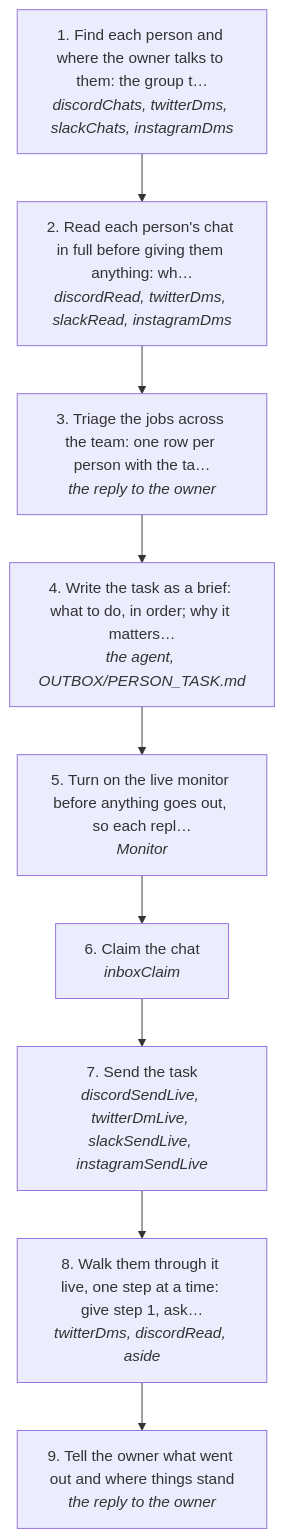
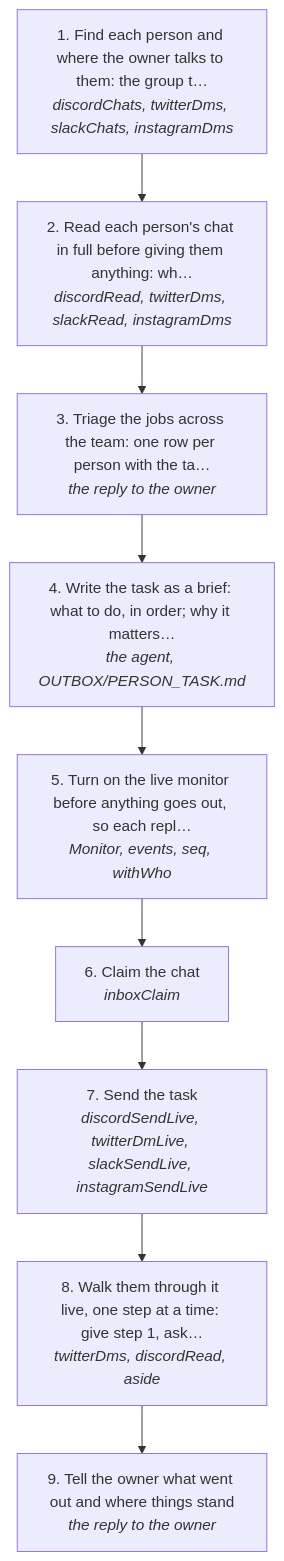
The diagram in docs/useCases/inbox/bossMaxxing.md (matthewdonsemail-lab/log), drawn with Mermaid before and after one commit. The commit also changed other lines of this file and 8 other files, not shown here.

````diff
--- a/docs/useCases/inbox/bossMaxxing.md
+++ b/docs/useCases/inbox/bossMaxxing.md
@@ -14,20 +14,20 @@
 ```mermaid
 flowchart TD
   s0["1. Find each person and where the owner talks to them: the group t…<br/><i>discordChats, twitterDms, slackChats, instagramDms</i>"]
   s1["2. Read each person's chat in full before giving them anything: wh…<br/><i>discordRead, twitterDms, slackRead, instagramDms</i>"]
   s2["3. Triage the jobs across the team: one row per person with the ta…<br/><i>the reply to the owner</i>"]
   s3["4. Write the task as a brief: what to do, in order; why it matters…<br/><i>the agent, OUTBOX/PERSON_TASK.md</i>"]
-  s4["5. Turn on the live monitor before anything goes out, so each repl…<br/><i>Monitor</i>"]
+  s4["5. Turn on the live monitor before anything goes out, so each repl…<br/><i>Monitor, events, seq, withWho</i>"]
   s5["6. Claim the chat<br/><i>inboxClaim</i>"]
   s6["7. Send the task<br/><i>discordSendLive, twitterDmLive, slackSendLive, instagramSendLive</i>"]
   s7["8. Walk them through it live, one step at a time: give step 1, ask…<br/><i>twitterDms, discordRead, aside</i>"]
   s8["9. Tell the owner what went out and where things stand<br/><i>the reply to the owner</i>"]
   s0 --> s1
   s1 --> s2
   s2 --> s3
   s3 --> s4
   s4 --> s5
   s5 --> s6
   s6 --> s7
   s7 --> s8
 ```
````
